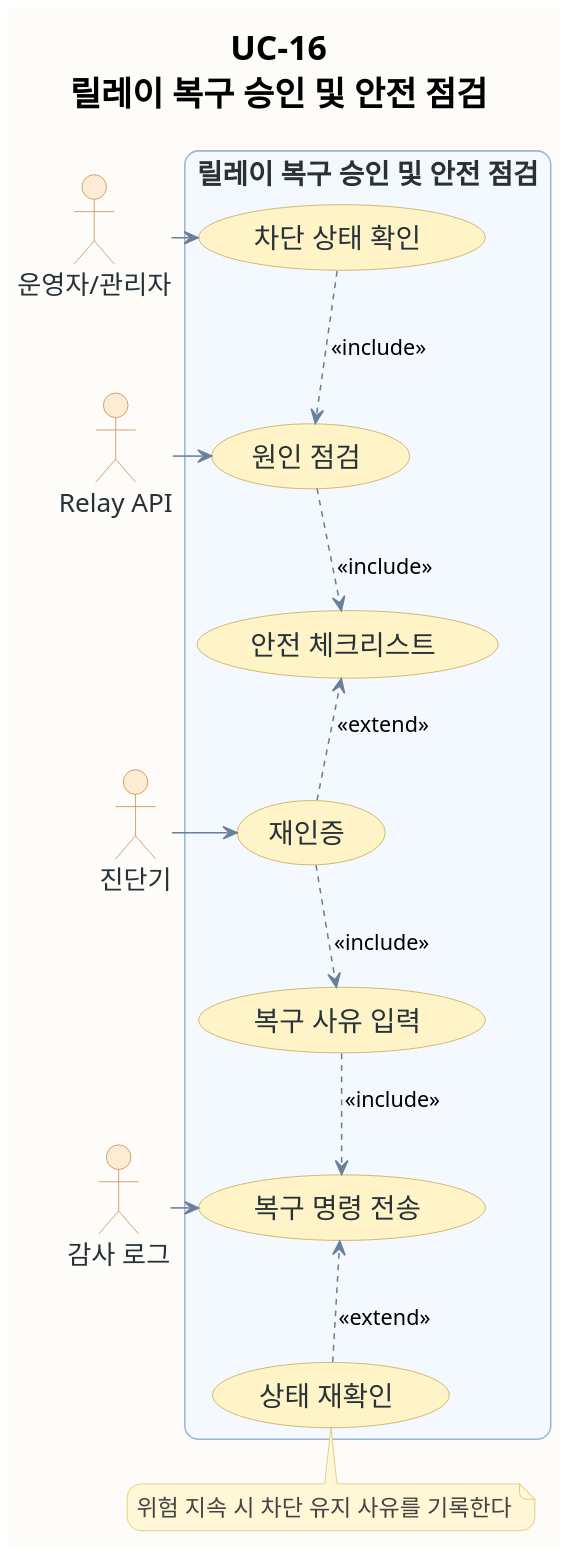
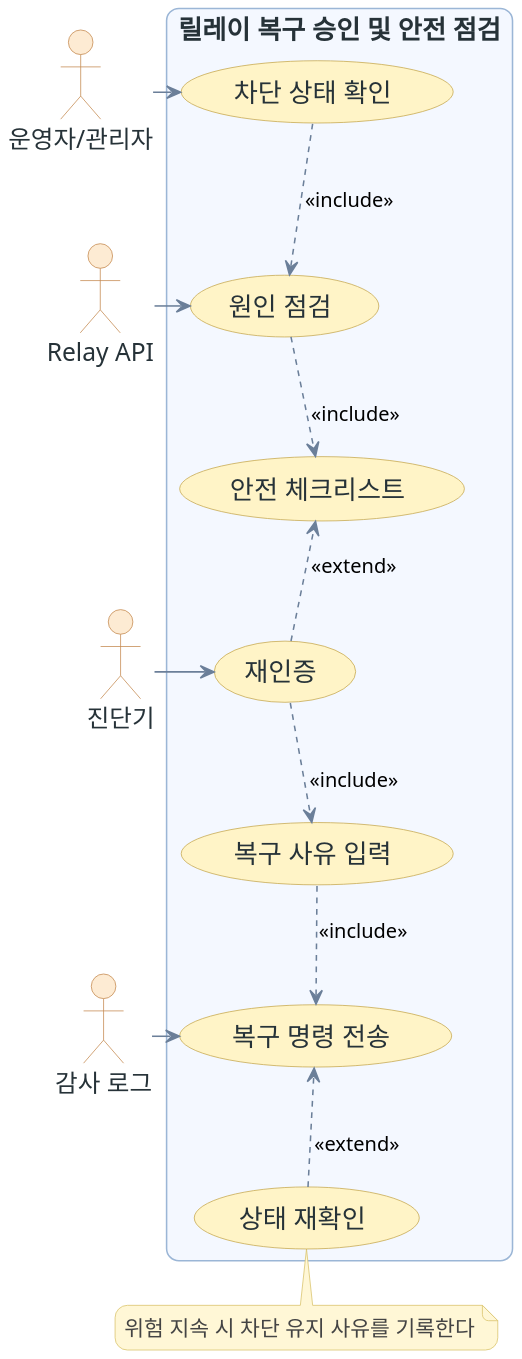
One commit to ricky30825-creator/BMS changed the diagram in assets/diagrams/usecase/uc-16-usecase.puml. Above: the diagram before and after it, drawn with PlantUML. The commit also changed 32 other files, not shown here.

```diff
--- a/assets/diagrams/usecase/uc-16-usecase.puml
+++ b/assets/diagrams/usecase/uc-16-usecase.puml
@@ -1,73 +1,71 @@
 @startuml
 !pragma layout smetana
-skinparam backgroundColor #FEFCF8
+skinparam backgroundColor transparent
 skinparam shadowing false
 skinparam dpi 180
 skinparam defaultFontName "AppleGothic"
-skinparam defaultFontSize 18
-skinparam TitleFontSize 22
-skinparam ActorFontSize 17
-skinparam UsecaseFontSize 18
-skinparam NoteFontSize 15
-skinparam ArrowFontSize 14
-skinparam roundcorner 18
+skinparam defaultFontSize 17
+skinparam ActorFontSize 16
+skinparam UsecaseFontSize 17
+skinparam NoteFontSize 14
+skinparam ArrowFontSize 13
+skinparam roundcorner 16
 skinparam usecase {
   BackgroundColor #F8FAFC
   BorderColor #8EA7C2
   ArrowColor #6B7F99
   FontColor #263238
 }
 skinparam actor {
   BackgroundColor #FDEBD3
   BorderColor #C58A50
   FontColor #263238
 }
 skinparam rectangle {
   BackgroundColor #F4F8FF
   BorderColor #9BB6D6
   FontColor #263238
 }
 skinparam note {
   BackgroundColor #FFF7D6
   BorderColor #D9C36A
   FontColor #444444
 }
 top to bottom direction
 skinparam usecase {
   BackgroundColor #FFF4C7
   BorderColor #C6A84F
 }
-title UC-16\n릴레이 복구 승인 및 안전 점검
 actor "운영자/관리자" as A
 actor "Relay API" as S1
 actor "진단기" as S2
 actor "감사 로그" as S3
 rectangle "릴레이 복구 승인 및 안전 점검" {
   usecase "차단 상태 확인" as U1
   usecase "원인 점검" as U2
   usecase "안전 체크리스트" as U3
   usecase "재인증" as U4
   usecase "복구 사유 입력" as U5
   usecase "복구 명령 전송" as U6
   usecase "상태 재확인" as U7
 }
 U1 -[hidden]down- U2
 U2 -[hidden]down- U3
 U3 -[hidden]down- U4
 U4 -[hidden]down- U5
 U5 -[hidden]down- U6
 U6 -[hidden]down- U7
 A -right-> U1
 S1 -left-> U2
 S2 -left-> U4
 S3 -left-> U6
 U1 ..> U2 : <<include>>
 U2 ..> U3 : <<include>>
 U4 ..> U3 : <<extend>>
 U4 ..> U5 : <<include>>
 U5 ..> U6 : <<include>>
 U7 ..> U6 : <<extend>>
 note bottom of U7
 위험 지속 시 차단 유지 사유를 기록한다
 end note
 @enduml
```
